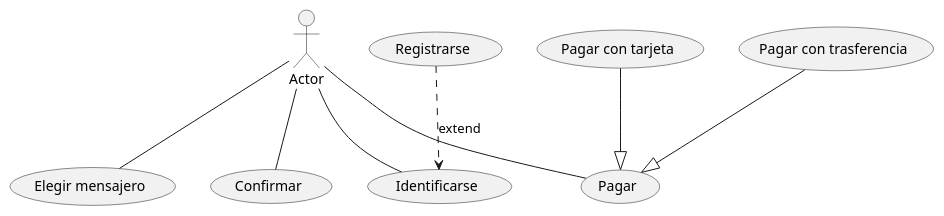
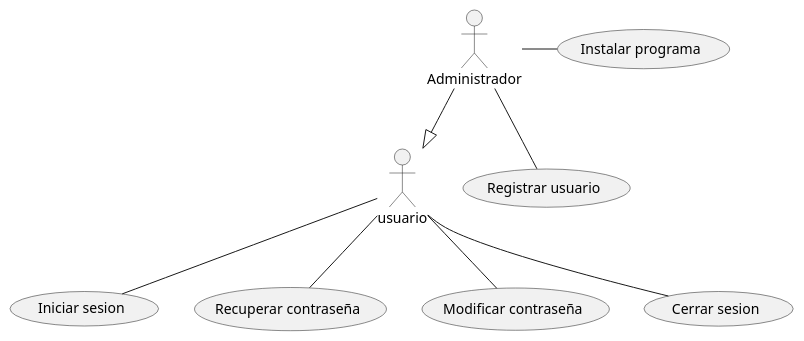
The diagram in src/CasosDeUsoUML.puml (Carlosmanuelpre/CasosDeUsoUML), drawn with PlantUML before and after one commit.

Commit message:
Este siguiente programa correspomde con el ejemplo de tienda online en el que exixten dos usuarios , uno que actua como usuario normal y otro que actua como Administrador, le he otorgado tal como decia el ejemplo , despues de asociar estos privilegios, se ha establecido una relacion entre el usuario y el administrador para que a parte de los privilegios unicos del administrador tambien pueda realizar las mismas tareas que el usuario

```diff
--- a/src/CasosDeUsoUML.puml
+++ b/src/CasosDeUsoUML.puml
@@ -2,21 +2,22 @@
 @startuml
-:Actor:
-(Identificarse)
-(Pagar)
-(Elegir mensajero)
-(Confirmar)
-(Registrarse)
-(Pagar con tarjeta)
-(Pagar con trasferencia)
+:usuario:
+:Administrador:
 
-Actor -- (Identificarse)
-Actor -- (Pagar)
-Actor -- (Elegir mensajero)
-Actor -- (Confirmar)
+(Iniciar sesion)
+(Recuperar contraseña)
+(Modificar contraseña)
+(Cerrar sesion)
+(Registrar usuario)
+(Instalar programa)
 
-(Registrarse)..> (Identificarse) : extend
-(Pagar con tarjeta) --|> (Pagar)
-(Pagar con trasferencia) --|> (Pagar)
+usuario -- (Iniciar sesion)
+usuario -- (Recuperar contraseña)
+usuario -- (Cerrar sesion)
+usuario -- (Modificar contraseña)
 
+Administrador --|> usuario
+
+Administrador -- (Registrar usuario)
+Administrador - (Instalar programa)
 
 @enduml
```
